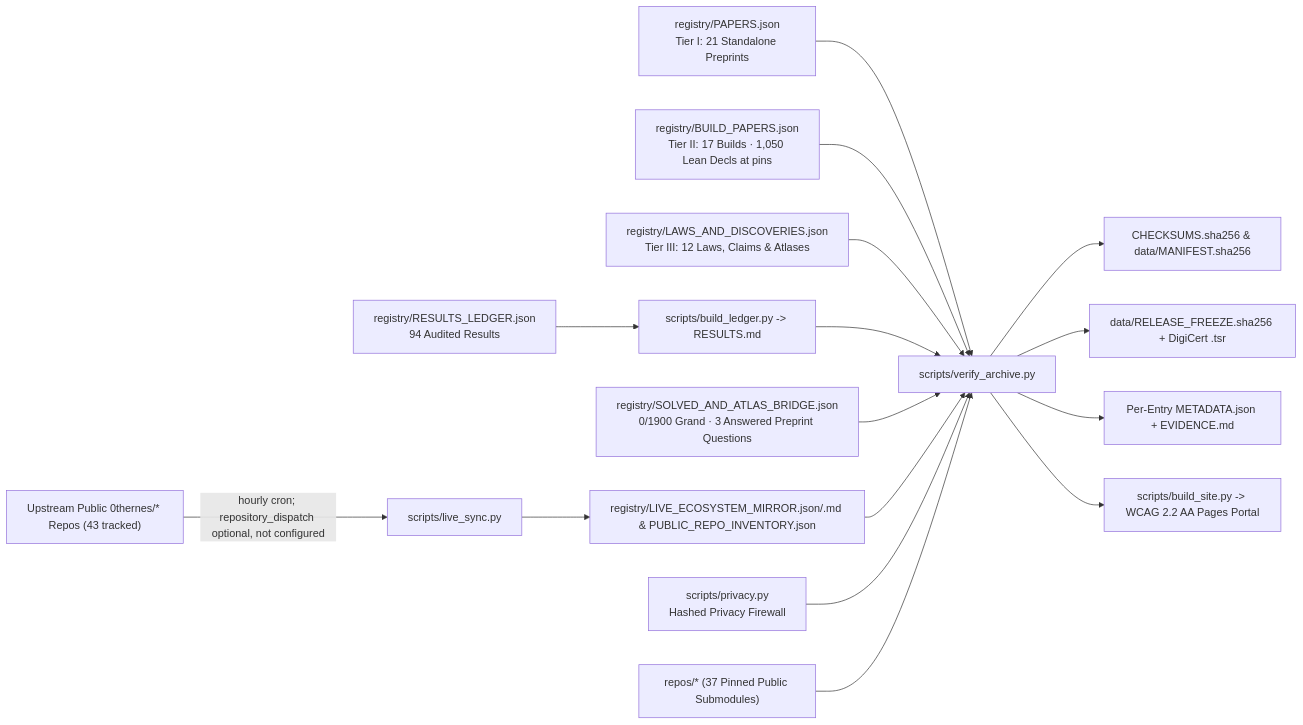
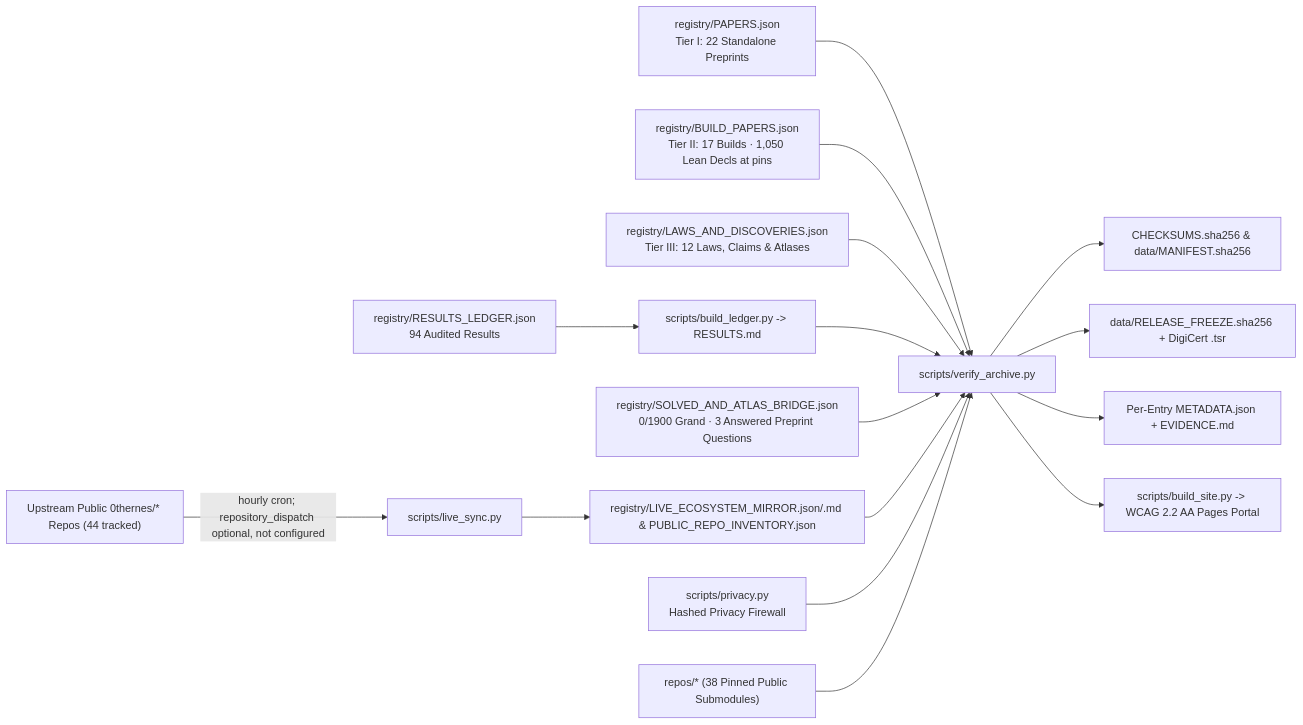
Before and after one commit to 0thernes/0thernes-research-archive: the diagram in docs/architecture.md, drawn with Mermaid. The commit also changed other lines of this file and 18 other files, not shown here.

````diff
--- a/docs/architecture.md
+++ b/docs/architecture.md
@@ -5,18 +5,18 @@
 ```mermaid
 flowchart LR
-    UP["Upstream Public 0thernes/* Repos (43 tracked)"] -->|hourly cron; repository_dispatch optional, not configured| LS["scripts/live_sync.py"]
-    R1["registry/PAPERS.json<br/>Tier I: 21 Standalone Preprints"] --> V["scripts/verify_archive.py"]
+    UP["Upstream Public 0thernes/* Repos (44 tracked)"] -->|hourly cron; repository_dispatch optional, not configured| LS["scripts/live_sync.py"]
+    R1["registry/PAPERS.json<br/>Tier I: 22 Standalone Preprints"] --> V["scripts/verify_archive.py"]
     R2["registry/BUILD_PAPERS.json<br/>Tier II: 17 Builds · 1,050 Lean Decls at pins"] --> V
     R3["registry/LAWS_AND_DISCOVERIES.json<br/>Tier III: 12 Laws, Claims & Atlases"] --> V
     RL["registry/RESULTS_LEDGER.json<br/>94 Audited Results"] --> BL["scripts/build_ledger.py -> RESULTS.md"]
     BL --> V
     BR["registry/SOLVED_AND_ATLAS_BRIDGE.json<br/>0/1900 Grand · 3 Answered Preprint Questions"] --> V
     LS --> LM["registry/LIVE_ECOSYSTEM_MIRROR.json/.md & PUBLIC_REPO_INVENTORY.json"]
     LM --> V
     PR["scripts/privacy.py<br/>Hashed Privacy Firewall"] --> V
-    S["repos/* (37 Pinned Public Submodules)"] --> V
+    S["repos/* (38 Pinned Public Submodules)"] --> V
     V --> C["CHECKSUMS.sha256 & data/MANIFEST.sha256"]
     V --> FZ["data/RELEASE_FREEZE.sha256 + DigiCert .tsr"]
     V --> D["Per-Entry METADATA.json + EVIDENCE.md"]
     V --> P["scripts/build_site.py -> WCAG 2.2 AA Pages Portal"]
 ```
````
